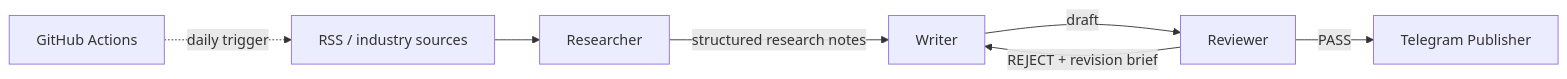
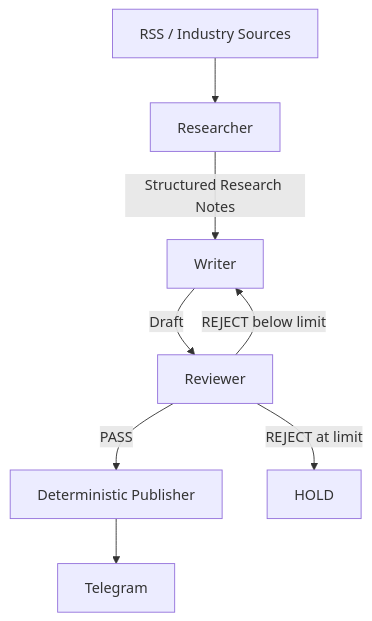
The diagram in README.en.md (MartinKuai/chip-news-ai-workflow), drawn with Mermaid before and after one commit. The commit also changed other lines of this file and 25 other files, not shown here.

Commit message:
refactor: complete V2 editorial micro-graph

````diff
--- a/README.en.md
+++ b/README.en.md
@@ -19,9 +11,10 @@
 ```mermaid
-flowchart LR
-    A[RSS / industry sources] --> B[Researcher]
-    B -->|structured research notes| C[Writer]
-    C -->|draft| D[Reviewer]
-    D -->|PASS| E[Telegram Publisher]
-    D -->|REJECT + revision brief| C
-    F[GitHub Actions] -. daily trigger .-> A
+flowchart TD
+    A[RSS / Industry Sources] --> B[Researcher]
+    B -->|Structured Research Notes| C[Writer]
+    C -->|Draft| D[Reviewer]
+    D -->|PASS| E[Deterministic Publisher]
+    D -->|REJECT below limit| C
+    D -->|REJECT at limit| F[HOLD]
+    E --> G[Telegram]
 ```
````
